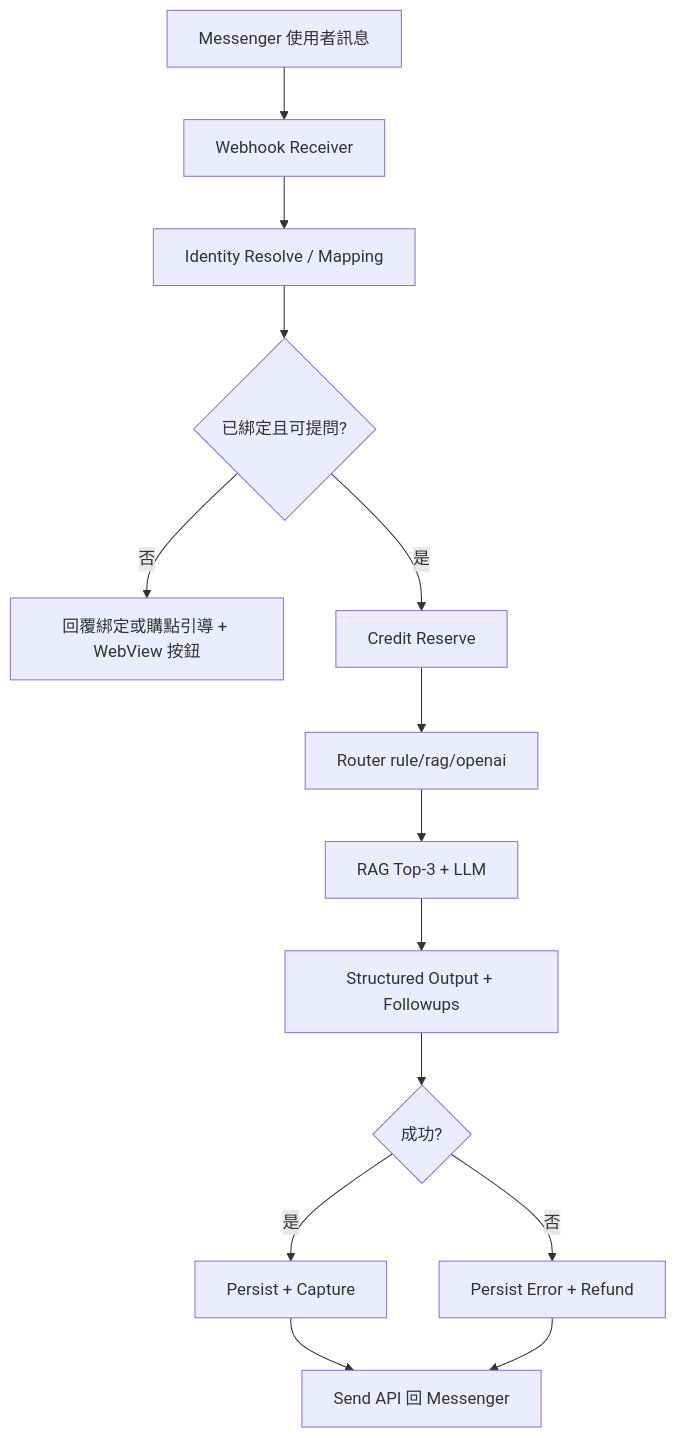
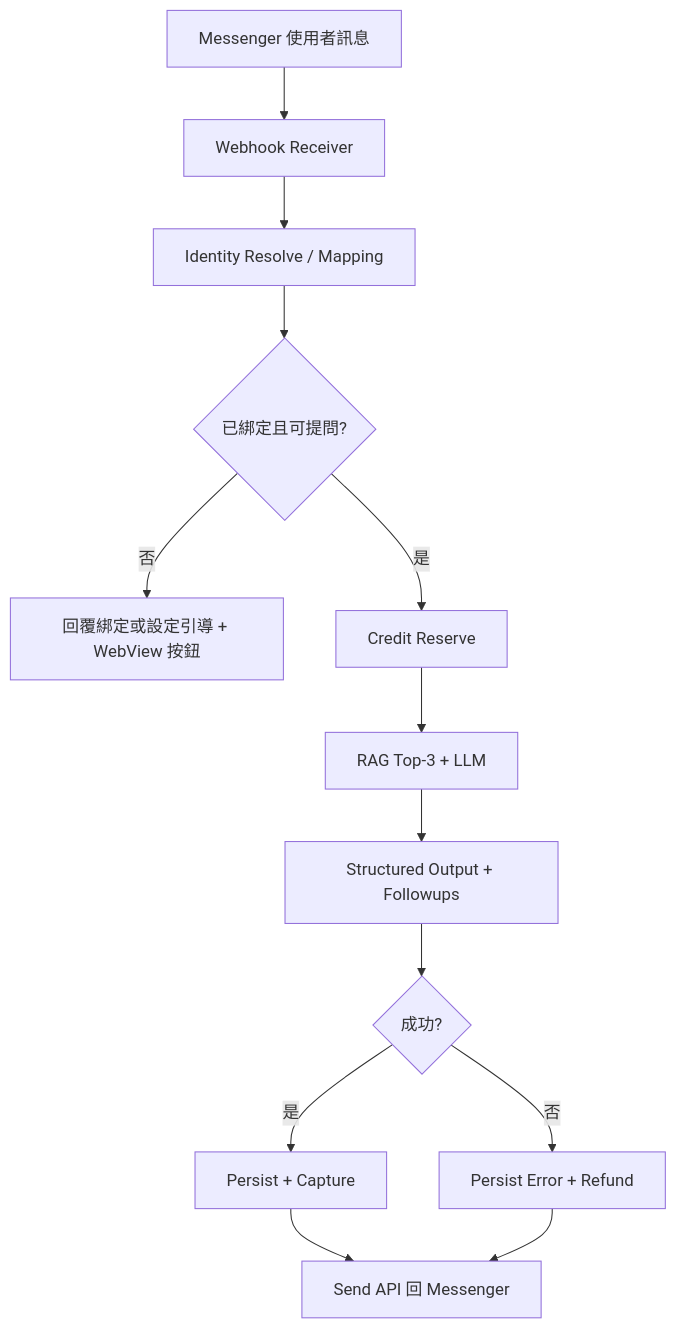
The first of 2 diagrams in docs/PRD.md (kevin1kevin1k/cyber-oracle), drawn with Mermaid before and after one commit. The commit also changed other lines of this file and 3 other files, not shown here.

````diff
--- a/docs/PRD.md
+++ b/docs/PRD.md
@@ -120,16 +119,15 @@
 ```mermaid
 flowchart TD
   M1[Messenger 使用者訊息] --> M2[Webhook Receiver]
   M2 --> M3[Identity Resolve / Mapping]
   M3 --> M4{已綁定且可提問?}
-  M4 -->|否| M5[回覆綁定或購點引導 + WebView 按鈕]
+  M4 -->|否| M5[回覆綁定或設定引導 + WebView 按鈕]
   M4 -->|是| M6[Credit Reserve]
-  M6 --> M7[Router rule/rag/openai]
-  M7 --> M8[RAG Top-3 + LLM]
-  M8 --> M9[Structured Output + Followups]
-  M9 --> M10{成功?}
-  M10 -->|是| M11[Persist + Capture]
-  M10 -->|否| M12[Persist Error + Refund]
-  M11 --> M13[Send API 回 Messenger]
-  M12 --> M13
+  M6 --> M7[RAG Top-3 + LLM]
+  M7 --> M8[Structured Output + Followups]
+  M8 --> M9{成功?}
+  M9 -->|是| M10[Persist + Capture]
+  M9 -->|否| M11[Persist Error + Refund]
+  M10 --> M12[Send API 回 Messenger]
+  M11 --> M12
 ```
````
